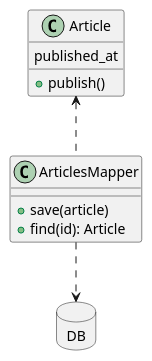
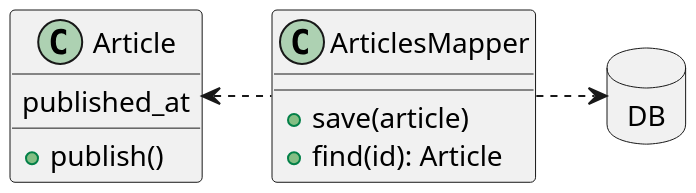
One commit to sergio-fry/slides changed the second of 2 diagrams in rich-domain-model/README.md. Above: the diagram before and after it, drawn with PlantUML. The commit also changed other lines of this file and 1 other file, not shown here.

Commit message:
scale uml

````diff
--- a/rich-domain-model/README.md
+++ b/rich-domain-model/README.md
@@ -263,18 +253,20 @@
 ```plantuml
 allow_mixing
+scale 2
+
 
 database "DB" as db
 
 class "Article" as article_domain {
   published_at
   +publish()
 }
 
 class ArticlesMapper {
   +save(article)
   +find(id): Article
 }
 
-ArticlesMapper ..> db
-ArticlesMapper .up.> article_domain
+ArticlesMapper .right.> db
+ArticlesMapper .left.> article_domain
 ```
````
